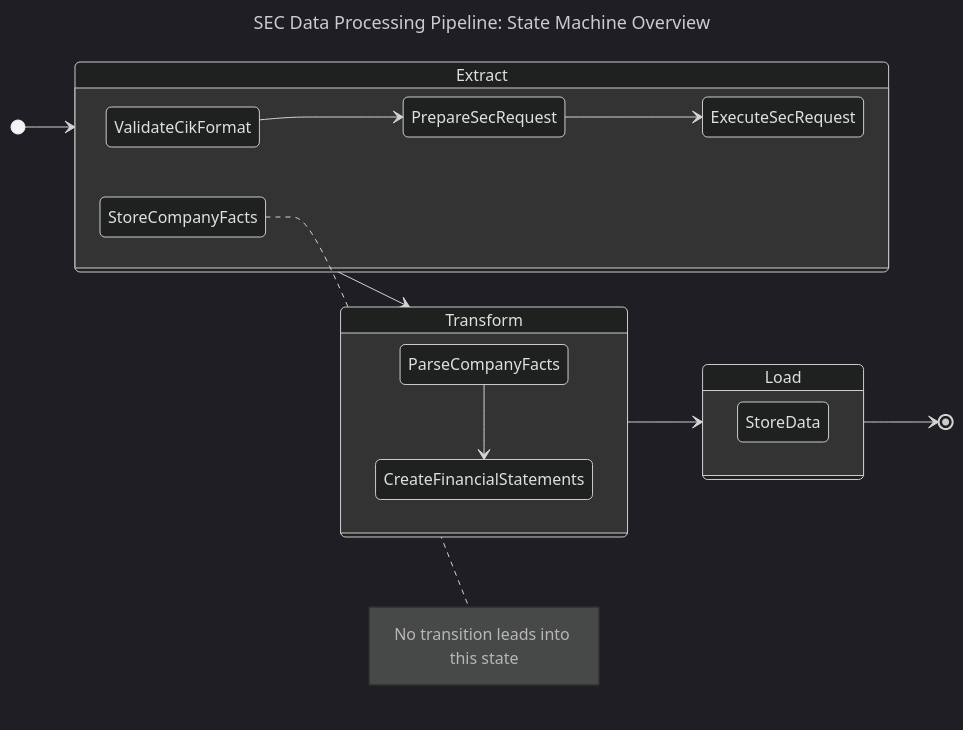
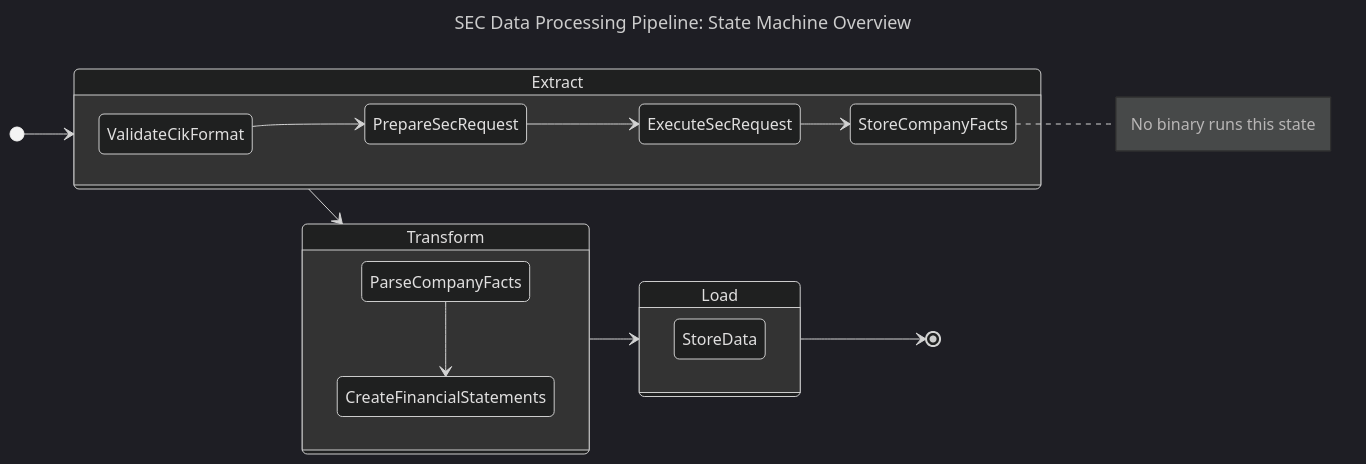
The diagram in sec/design/state_diagram/sec_state_machine.md (ironcapitaleu/arkad), drawn with Mermaid (dark theme) before and after one commit. The commit also changed 15 other files, not shown here.

First line of the commit message:
feat(sec)!: transition Extract from ExecuteSecRequest to StoreCompanyFacts (#253)

````diff
--- a/sec/design/state_diagram/sec_state_machine.md
+++ b/sec/design/state_diagram/sec_state_machine.md
@@ -1,33 +1,33 @@
 ```mermaid
 ---
 title: "SEC Data Processing Pipeline: State Machine Overview"
 ---
 stateDiagram-v2
     %% Align all the SuperStates from left-to-right
     direction LR
 
     %% `Extract` SuperState
     [*] --> Extract
     state Extract {
         ValidateCikFormat --> PrepareSecRequest
         PrepareSecRequest --> ExecuteSecRequest
-        StoreCompanyFacts
-        note right of StoreCompanyFacts : No transition leads into this state
+        ExecuteSecRequest --> StoreCompanyFacts
+        note right of StoreCompanyFacts : No binary runs this state
     }
 
     Extract --> Transform
 
     %% `Transform` SuperState
     state Transform {
         ParseCompanyFacts --> CreateFinancialStatements
     }
 
     Transform --> Load
 
     %% `Load` SuperState
     state Load {
         StoreData
     }
 
     Load --> [*]
 ```
````
